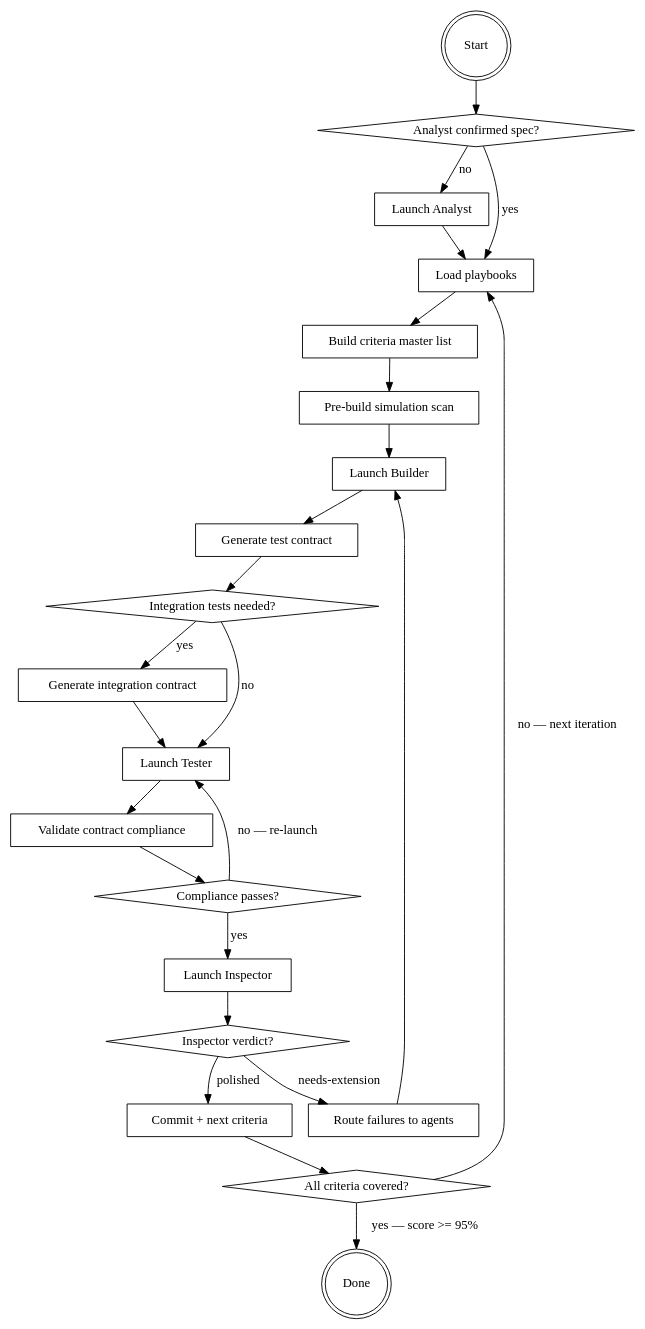
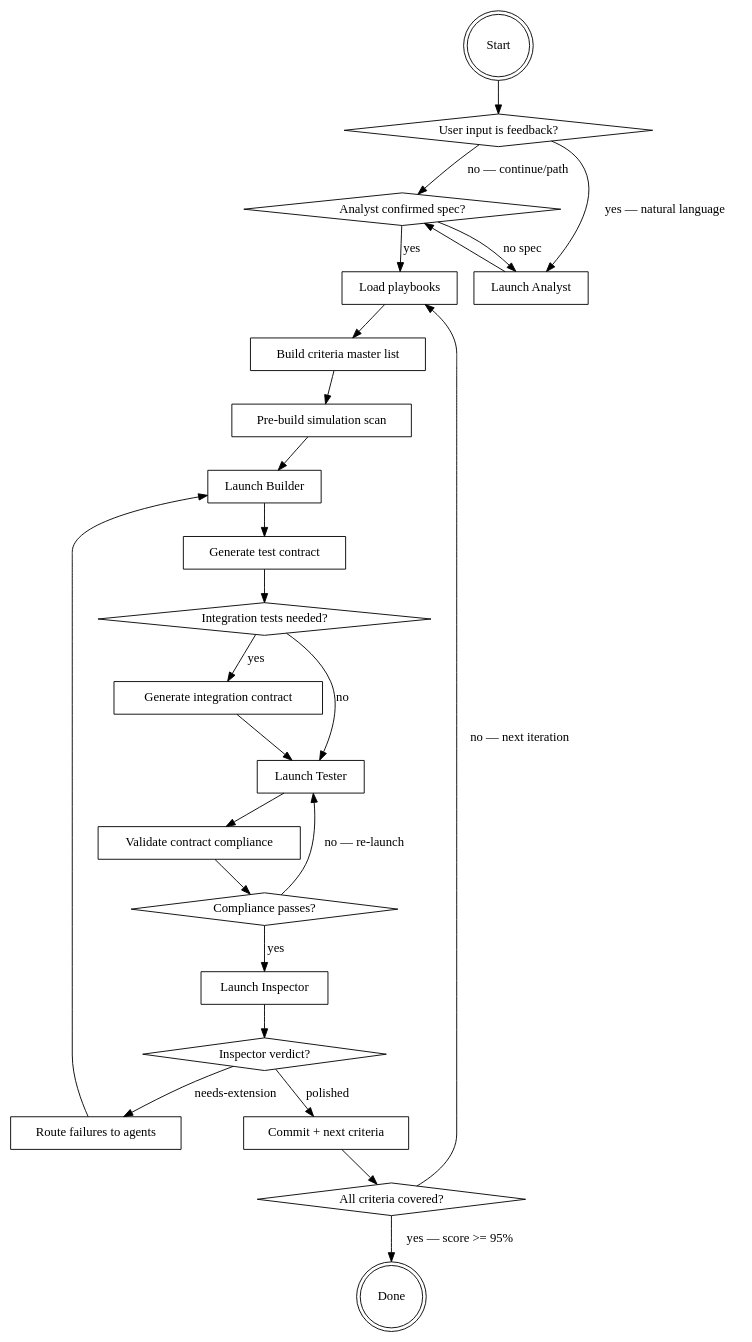
One commit to sunfmin/autocraft changed the diagram in skills/autocraft/SKILL.md. Above: the diagram before and after it, drawn with Graphviz. The commit also changed other lines of this file, not shown here.

First line of the commit message:
fix: Orchestrator must launch Analyst for all natural language input

````diff
--- a/skills/autocraft/SKILL.md
+++ b/skills/autocraft/SKILL.md
@@ -112,49 +112,52 @@
 ```dot
 digraph orchestrator_loop {
     rankdir=TB;
 
     "Start" [shape=doublecircle];
     "Analyst confirmed spec?" [shape=diamond];
     "Launch Analyst" [shape=box];
     "Load playbooks" [shape=box];
     "Build criteria master list" [shape=box];
     "Pre-build simulation scan" [shape=box];
     "Launch Builder" [shape=box];
     "Generate test contract" [shape=box];
     "Integration tests needed?" [shape=diamond];
     "Generate integration contract" [shape=box];
     "Launch Tester" [shape=box];
     "Validate contract compliance" [shape=box];
     "Compliance passes?" [shape=diamond];
     "Launch Inspector" [shape=box];
     "Inspector verdict?" [shape=diamond];
     "Commit + next criteria" [shape=box];
     "All criteria covered?" [shape=diamond];
     "Done" [shape=doublecircle];
     "Route failures to agents" [shape=box];
 
-    "Start" -> "Analyst confirmed spec?";
+    "Start" -> "User input is feedback?";
+    "User input is feedback?" [shape=diamond];
+    "User input is feedback?" -> "Launch Analyst" [label="yes — natural language"];
+    "User input is feedback?" -> "Analyst confirmed spec?" [label="no — continue/path"];
+    "Launch Analyst" -> "Analyst confirmed spec?";
     "Analyst confirmed spec?" -> "Load playbooks" [label="yes"];
-    "Analyst confirmed spec?" -> "Launch Analyst" [label="no"];
-    "Launch Analyst" -> "Load playbooks";
+    "Analyst confirmed spec?" -> "Launch Analyst" [label="no spec"];
     "Load playbooks" -> "Build criteria master list";
     "Build criteria master list" -> "Pre-build simulation scan";
     "Pre-build simulation scan" -> "Launch Builder";
     "Launch Builder" -> "Generate test contract";
     "Generate test contract" -> "Integration tests needed?";
     "Integration tests needed?" -> "Generate integration contract" [label="yes"];
     "Integration tests needed?" -> "Launch Tester" [label="no"];
     "Generate integration contract" -> "Launch Tester";
     "Launch Tester" -> "Validate contract compliance";
     "Validate contract compliance" -> "Compliance passes?";
     "Compliance passes?" -> "Launch Inspector" [label="yes"];
     "Compliance passes?" -> "Launch Tester" [label="no — re-launch"];
     "Launch Inspector" -> "Inspector verdict?";
     "Inspector verdict?" -> "Commit + next criteria" [label="polished"];
     "Inspector verdict?" -> "Route failures to agents" [label="needs-extension"];
     "Route failures to agents" -> "Launch Builder";
     "Commit + next criteria" -> "All criteria covered?";
     "All criteria covered?" -> "Done" [label="yes — score >= 95%"];
     "All criteria covered?" -> "Load playbooks" [label="no — next iteration"];
 }
 ```
````
